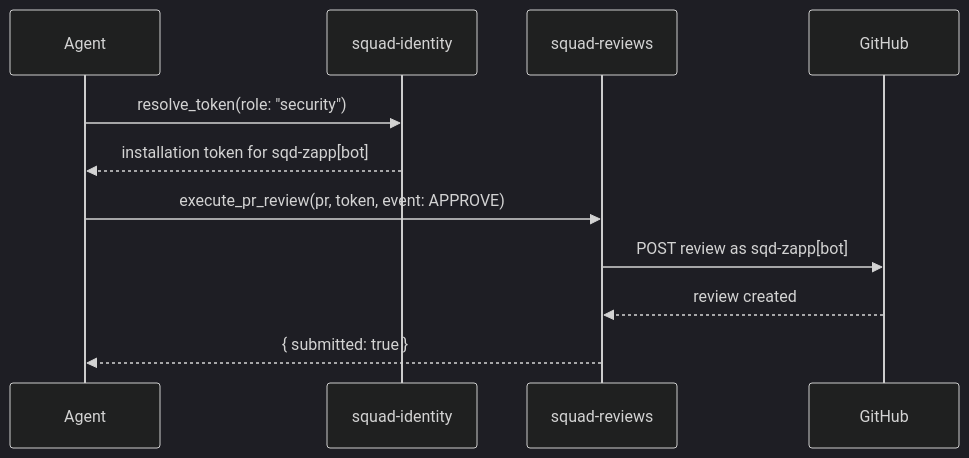
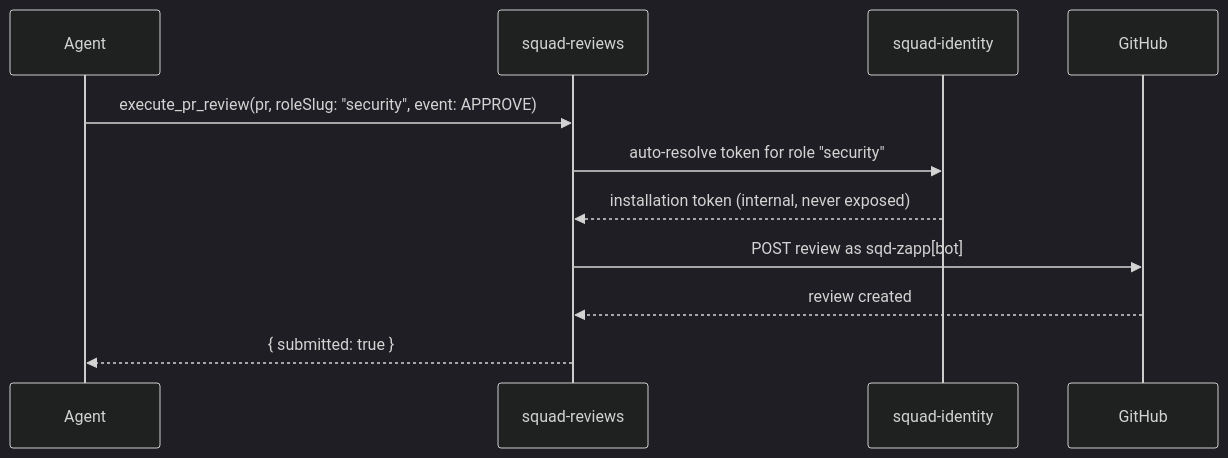
One commit to sabbour/squad-reviews changed the third of 4 diagrams in README.md. Above: the diagram before and after it, drawn with Mermaid (dark theme). The commit also changed other lines of this file and 2 other files, not shown here.

First line of the commit message:
feat: wire token auto-resolution via squad-identity lease system

````diff
--- a/README.md
+++ b/README.md
@@ -360,14 +360,14 @@
 ```mermaid
 sequenceDiagram
     participant Agent
+    participant squad-reviews
     participant squad-identity
-    participant squad-reviews
     participant GitHub
 
-    Agent->>squad-identity: resolve_token(role: "security")
-    squad-identity-->>Agent: installation token for sqd-zapp[bot]
-    Agent->>squad-reviews: execute_pr_review(pr, token, event: APPROVE)
+    Agent->>squad-reviews: execute_pr_review(pr, roleSlug: "security", event: APPROVE)
+    squad-reviews->>squad-identity: auto-resolve token for role "security"
+    squad-identity-->>squad-reviews: installation token (internal, never exposed)
     squad-reviews->>GitHub: POST review as sqd-zapp[bot]
     GitHub-->>squad-reviews: review created
     squad-reviews-->>Agent: { submitted: true }
 ```
````
